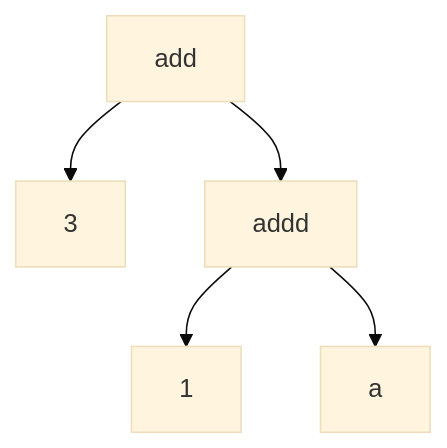
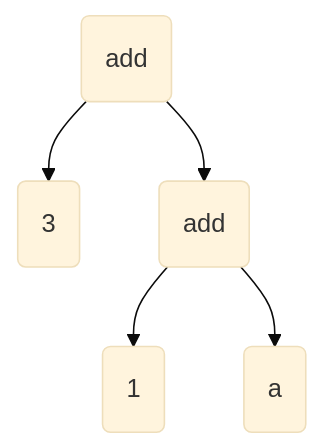
The tenth of 35 diagrams in src/essays/number-tree/essay.md (pengvyn/kavpix-code), drawn with Mermaid (base theme) before and after one commit. The commit also changed other lines of this file and 1 other file, not shown here.

````diff
--- a/src/essays/number-tree/essay.md
+++ b/src/essays/number-tree/essay.md
@@ -101,7 +103,7 @@
 ```mermaid
     graph TD;
-        add --> 3;
-        add --> addd;
-        addd --> 1;
-        addd --> a;     
+        add(add) --> 3(3);
+        add --> add2(add);
+        add2 --> 1(1);
+        add2 --> a(a);     
 ```
````
